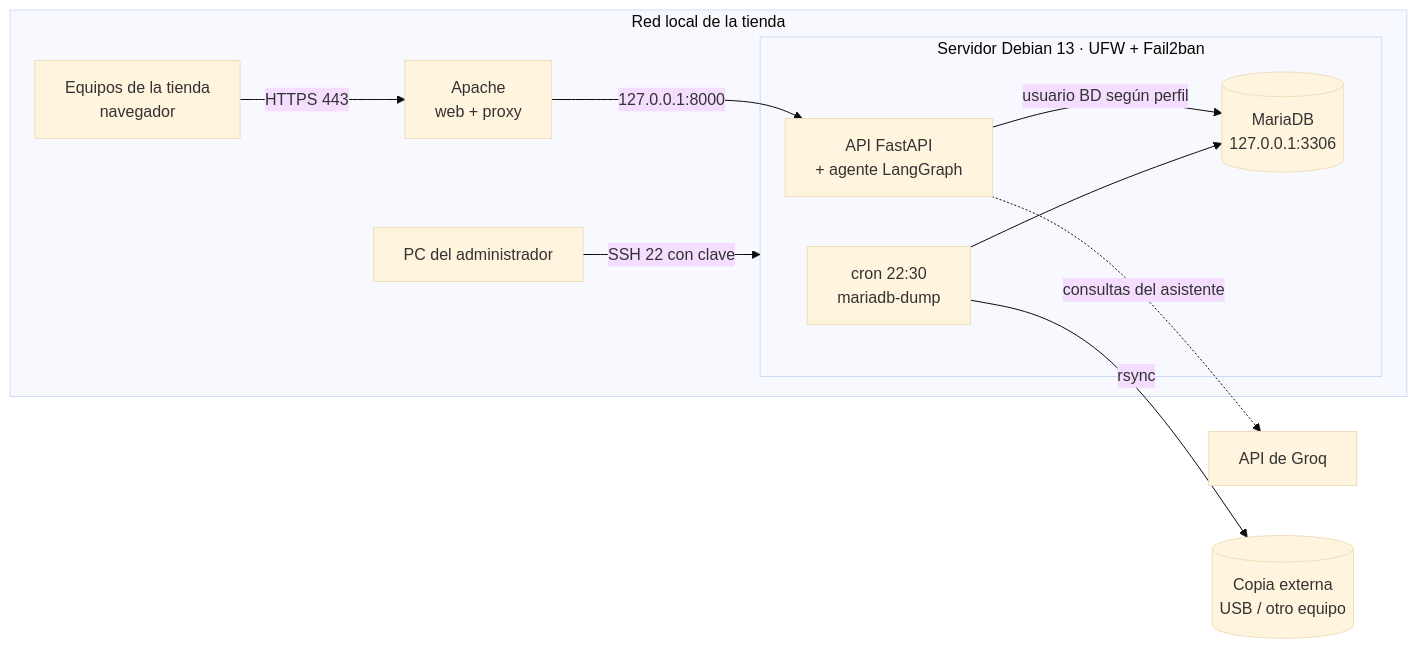
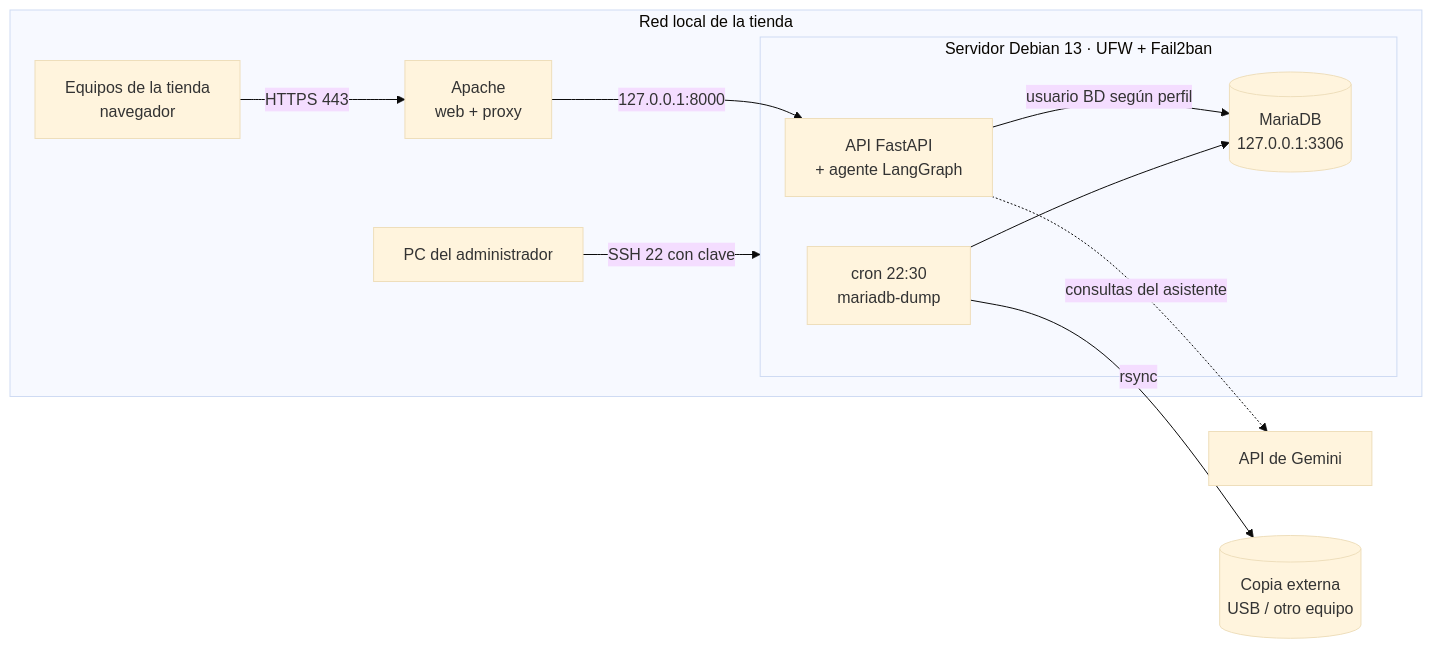
The diagram in README.md (MatrixLMX/proyecto-asir-tienda), drawn with Mermaid (base theme) before and after one commit. The commit also changed other lines of this file and 7 other files, not shown here.

Commit message:
Asistente con Google Gemini (capa gratuita) como proveedor por defecto

````diff
--- a/README.md
+++ b/README.md
@@ -17,14 +17,14 @@
 ```mermaid
 flowchart LR
     subgraph Red local de la tienda
         PC[Equipos de la tienda<br/>navegador] -- HTTPS 443 --> AP
         ADM[PC del administrador] -- SSH 22 con clave --> SRV
     end
     subgraph SRV[Servidor Debian 13 · UFW + Fail2ban]
         AP[Apache<br/>web + proxy] -- 127.0.0.1:8000 --> API[API FastAPI<br/>+ agente LangGraph]
         API -- usuario BD según perfil --> DB[(MariaDB<br/>127.0.0.1:3306)]
         CRON[cron 22:30<br/>mariadb-dump] --> DB
     end
-    API -. consultas del asistente .-> LLM[API de Groq]
+    API -. consultas del asistente .-> LLM[API de Gemini]
     CRON -- rsync --> EXT[(Copia externa<br/>USB / otro equipo)]
 ```
````
